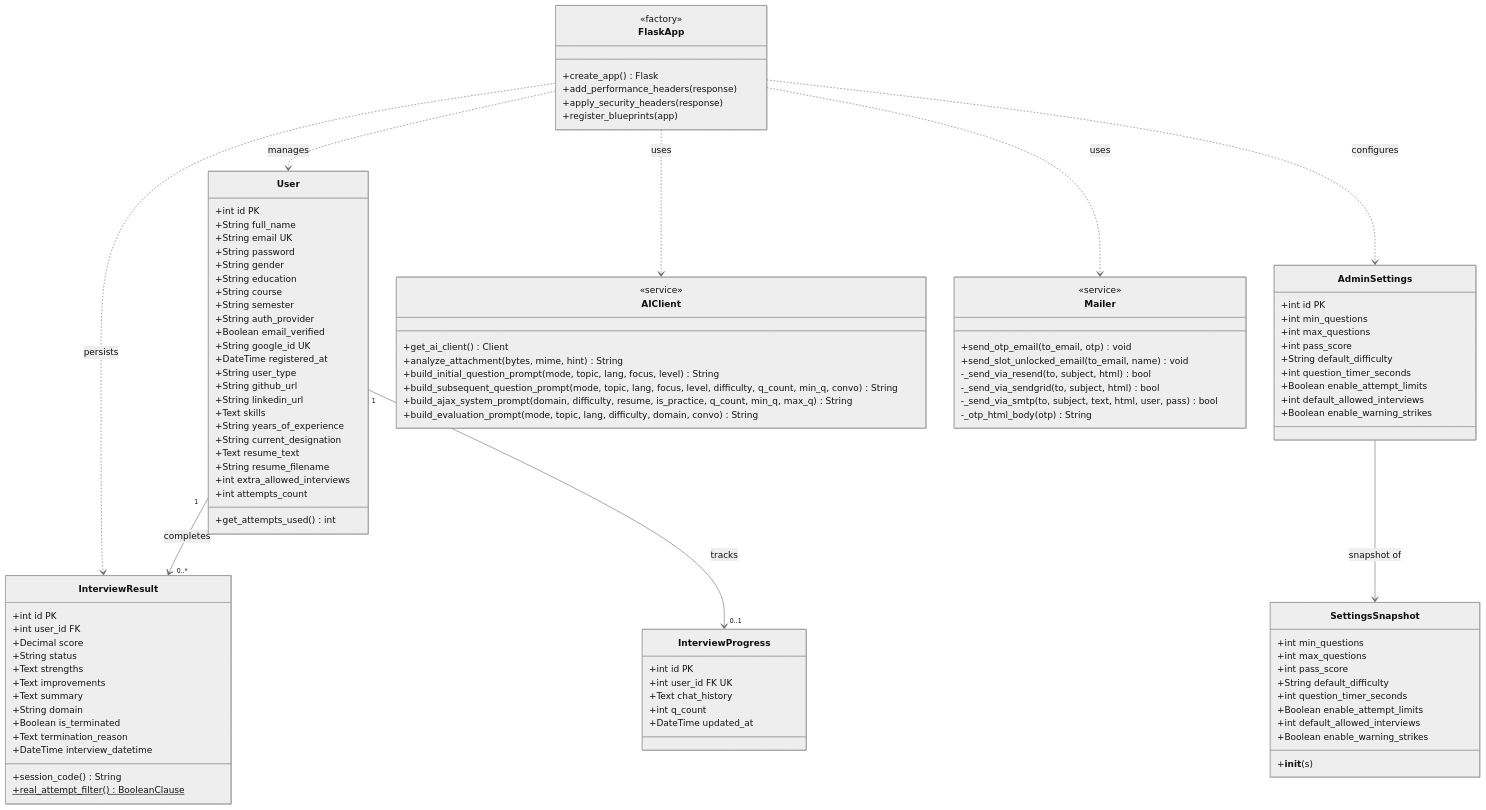
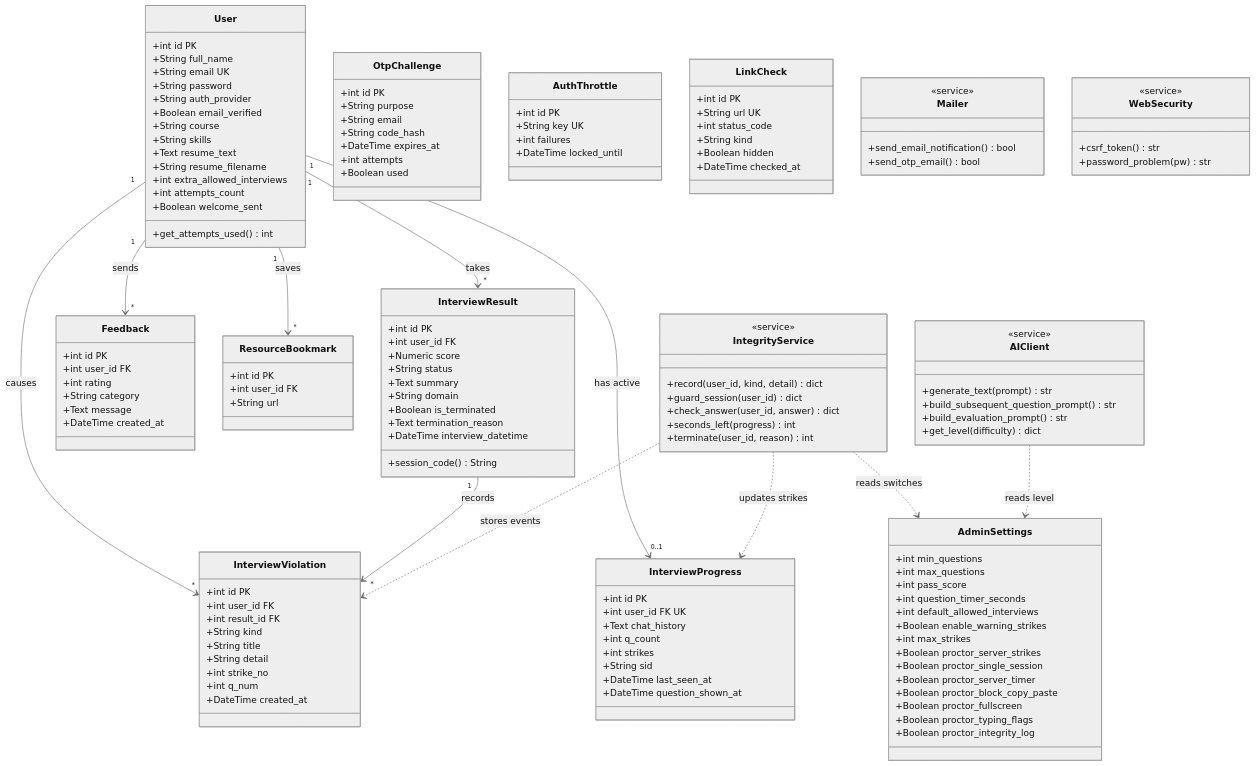
One commit to MR360-TECH/AI_INTERVIEW_PLATFORM changed the fourth of 9 diagrams in README.md. Above: the diagram before and after it, drawn with Mermaid (neutral theme). The commit also changed other lines of this file and 5 other files, not shown here.

````diff
--- a/README.md
+++ b/README.md
@@ -264,109 +203,135 @@
         +String full_name
         +String email UK
         +String password
-        +String gender
-        +String education
-        +String course
-        +String semester
         +String auth_provider
         +Boolean email_verified
-        +String google_id UK
-        +DateTime registered_at
-        +String user_type
-        +String github_url
-        +String linkedin_url
-        +Text skills
-        +String years_of_experience
-        +String current_designation
+        +String course
+        +String skills
         +Text resume_text
         +String resume_filename
         +int extra_allowed_interviews
         +int attempts_count
+        +Boolean welcome_sent
         +get_attempts_used() int
     }
-
     class InterviewResult {
         +int id PK
         +int user_id FK
-        +Decimal score
+        +Numeric score
         +String status
-        +Text strengths
-        +Text improvements
         +Text summary
         +String domain
         +Boolean is_terminated
         +Text termination_reason
         +DateTime interview_datetime
         +session_code() String
-        +real_attempt_filter()$ BooleanClause
     }
-
     class InterviewProgress {
         +int id PK
         +int user_id FK UK
         +Text chat_history
         +int q_count
-        +DateTime updated_at
+        +int strikes
+        +String sid
+        +DateTime last_seen_at
+        +DateTime question_shown_at
     }
-
+    class InterviewViolation {
+        +int id PK
+        +int user_id FK
+        +int result_id FK
+        +String kind
+        +String title
+        +String detail
+        +int strike_no
+        +int q_num
+        +DateTime created_at
+    }
     class AdminSettings {
-        +int id PK
         +int min_questions
         +int max_questions
         +int pass_score
-        +String default_difficulty
         +int question_timer_seconds
-        +Boolean enable_attempt_limits
         +int default_allowed_interviews
         +Boolean enable_warning_strikes
+        +int max_strikes
+        +Boolean proctor_server_strikes
+        +Boolean proctor_single_session
+        +Boolean proctor_server_timer
+        +Boolean proctor_block_copy_paste
+        +Boolean proctor_fullscreen
+        +Boolean proctor_typing_flags
+        +Boolean proctor_integrity_log
     }
-
-    class SettingsSnapshot {
-        +int min_questions
-        +int max_questions
-        +int pass_score
-        +String default_difficulty
-        +int question_timer_seconds
-        +Boolean enable_attempt_limits
-        +int default_allowed_interviews
-        +Boolean enable_warning_strikes
-        +__init__(s)
+    class Feedback {
+        +int id PK
+        +int user_id FK
+        +int rating
+        +String category
+        +Text message
+        +DateTime created_at
     }
-
+    class OtpChallenge {
+        +int id PK
+        +String purpose
+        +String email
+        +String code_hash
+        +DateTime expires_at
+        +int attempts
+        +Boolean used
+    }
+    class AuthThrottle {
+        +int id PK
+        +String key UK
+        +int failures
+        +DateTime locked_until
+    }
+    class ResourceBookmark {
+        +int id PK
+        +int user_id FK
+        +String url
+    }
+    class LinkCheck {
+        +int id PK
+        +String url UK
+        +int status_code
+        +String kind
+        +Boolean hidden
+        +DateTime checked_at
+    }
+    class IntegrityService {
+        <<service>>
+        +record(user_id, kind, detail) dict
+        +guard_session(user_id) dict
+        +check_answer(user_id, answer) dict
+        +seconds_left(progress) int
+        +terminate(user_id, reason) int
+    }
     class AIClient {
         <<service>>
-        +get_ai_client() Client
-        +analyze_attachment(bytes, mime, hint) String
-        +build_initial_question_prompt(mode, topic, lang, focus, level) String
-        +build_subsequent_question_prompt(mode, topic, lang, focus, level, difficulty, q_count, min_q, convo) String
-        +build_ajax_system_prompt(domain, difficulty, resume, is_practice, q_count, min_q, max_q) String
-        +build_evaluation_prompt(mode, topic, lang, difficulty, domain, convo) String
+        +generate_text(prompt) str
+        +build_subsequent_question_prompt() str
+        +build_evaluation_prompt() str
+        +get_level(difficulty) dict
     }
-
     class Mailer {
         <<service>>
-        +send_otp_email(to_email, otp) void
-        +send_slot_unlocked_email(to_email, name) void
-        -_send_via_resend(to, subject, html) bool
-        -_send_via_sendgrid(to, subject, html) bool
-        -_send_via_smtp(to, subject, text, html, user, pass) bool
-        -_otp_html_body(otp) String
+        +send_email_notification() bool
+        +send_otp_email() bool
     }
-
-    class FlaskApp {
-        <<factory>>
-        +create_app() Flask
-        +add_performance_headers(response)
-        +apply_security_headers(response)
-        +register_blueprints(app)
+    class WebSecurity {
+        <<service>>
+        +csrf_token() str
+        +password_problem(pw) str
     }
-
-    User "1" --> "0..*" InterviewResult : completes
-    User "1" --> "0..1" InterviewProgress : tracks
-    AdminSettings --> SettingsSnapshot : snapshot of
-    FlaskApp ..> AIClient : uses
-    FlaskApp ..> Mailer : uses
-    FlaskApp ..> User : manages
-    FlaskApp ..> InterviewResult : persists
-    FlaskApp ..> AdminSettings : configures
+    User "1" --> "*" InterviewResult : takes
+    User "1" --> "0..1" InterviewProgress : has active
+    User "1" --> "*" InterviewViolation : causes
+    InterviewResult "1" --> "*" InterviewViolation : records
+    User "1" --> "*" Feedback : sends
+    User "1" --> "*" ResourceBookmark : saves
+    IntegrityService ..> InterviewProgress : updates strikes
+    IntegrityService ..> InterviewViolation : stores events
+    IntegrityService ..> AdminSettings : reads switches
+    AIClient ..> AdminSettings : reads level
 ```
````
